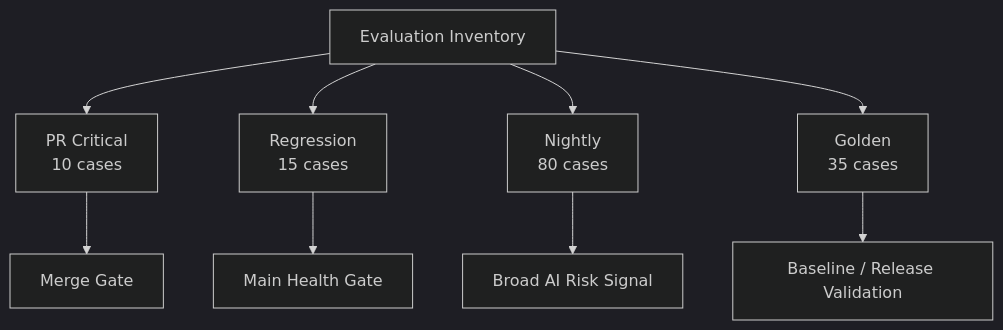
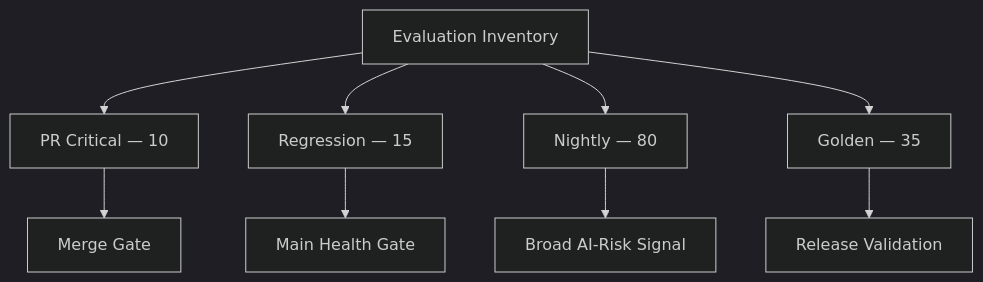
Before and after one commit to oleksandrserhieiev-beep/ai-qe-lab: the sixth of 8 diagrams in docs/architecture.md, drawn with Mermaid (dark theme). The commit also changed other lines of this file, not shown here.

Commit message:
Separate SUT evaluation validation and CI pipelines

````diff
--- a/docs/architecture.md
+++ b/docs/architecture.md
@@ -227,11 +209,11 @@
 ```mermaid
 flowchart TD
-    INV[Evaluation Inventory] --> CR[PR Critical\n10 cases]
-    INV --> RG[Regression\n15 cases]
-    INV --> EV[Nightly\n80 cases]
-    INV --> GD[Golden\n35 cases]
-    CR --> PR[Merge Gate]
-    RG --> MAIN[Main Health Gate]
-    EV --> NIGHT[Broad AI Risk Signal]
-    GD --> REL[Baseline / Release Validation]
+    INV[Evaluation Inventory] --> PR[PR Critical — 10]
+    INV --> RG[Regression — 15]
+    INV --> N[Nightly — 80]
+    INV --> G[Golden — 35]
+    PR --> MG[Merge Gate]
+    RG --> MH[Main Health Gate]
+    N --> NR[Broad AI-Risk Signal]
+    G --> RV[Release Validation]
 ```
````
